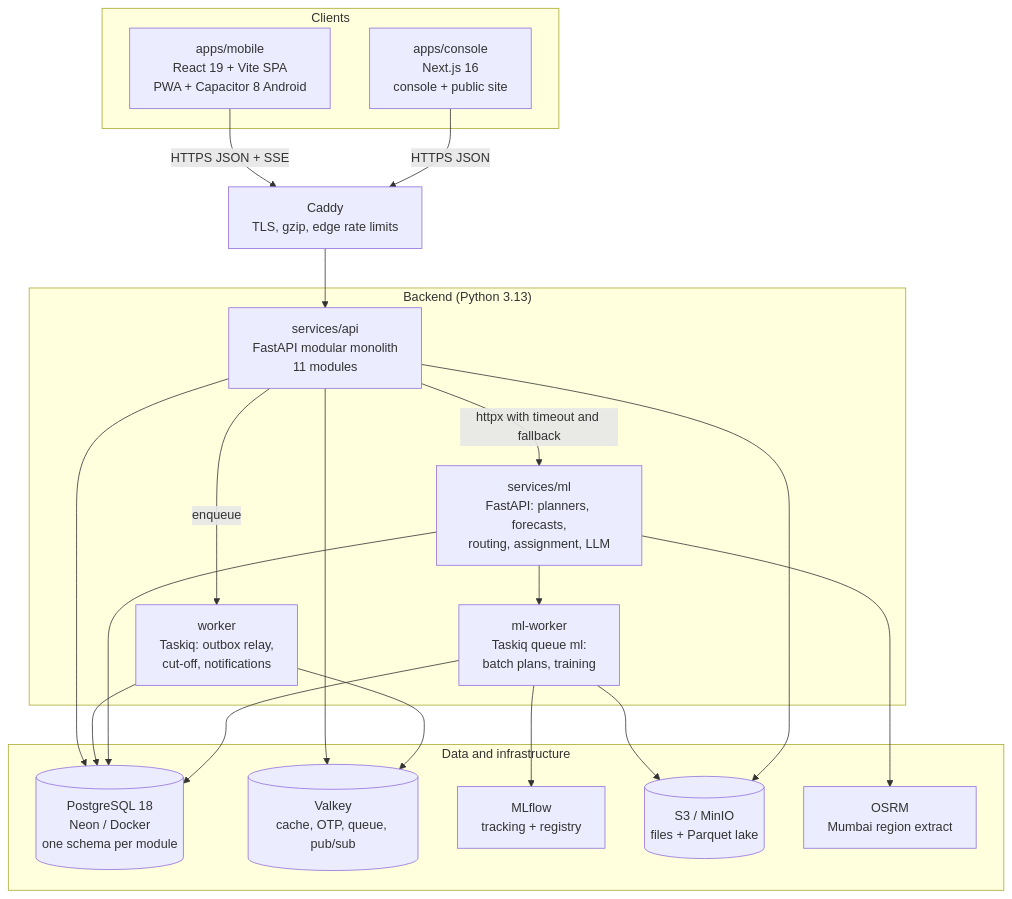
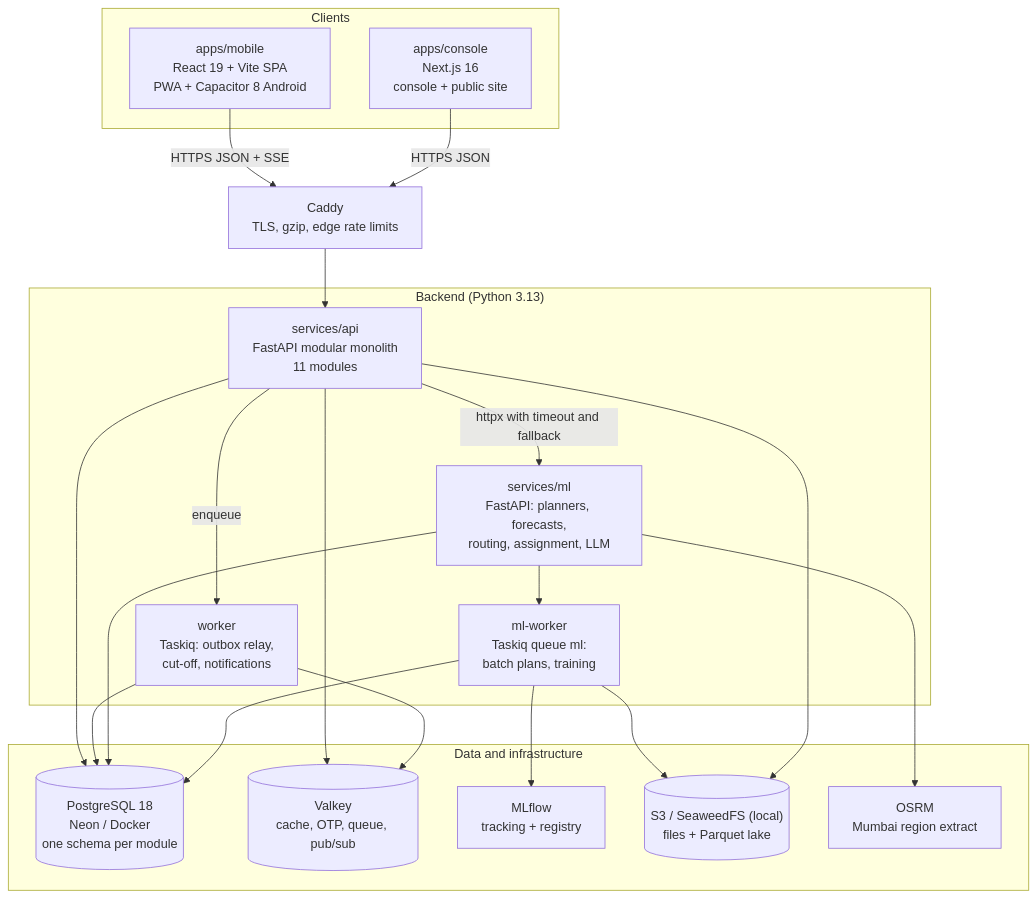
Before and after one commit to prelekar7/GharBasket: the second of 5 diagrams in docs/handbook/04-system-architecture.md, drawn with Mermaid. The commit also changed 14 other files, not shown here.

````diff
--- a/docs/handbook/04-system-architecture.md
+++ b/docs/handbook/04-system-architecture.md
@@ -53,37 +53,37 @@
 ```mermaid
 flowchart TB
   subgraph Clients
     MOB["apps/mobile<br/>React 19 + Vite SPA<br/>PWA + Capacitor 8 Android"]
     CON["apps/console<br/>Next.js 16<br/>console + public site"]
   end
   CADDY["Caddy<br/>TLS, gzip, edge rate limits"]
   subgraph Backend["Backend (Python 3.13)"]
     API["services/api<br/>FastAPI modular monolith<br/>11 modules"]
     WRK["worker<br/>Taskiq: outbox relay,<br/>cut-off, notifications"]
     ML["services/ml<br/>FastAPI: planners, forecasts,<br/>routing, assignment, LLM"]
     MLW["ml-worker<br/>Taskiq queue ml:<br/>batch plans, training"]
   end
   subgraph Data["Data and infrastructure"]
     PG[("PostgreSQL 18<br/>Neon / Docker<br/>one schema per module")]
     VK[("Valkey<br/>cache, OTP, queue, pub/sub")]
     MLF["MLflow<br/>tracking + registry"]
-    OBJ[("S3 / MinIO<br/>files + Parquet lake")]
+    OBJ[("S3 / SeaweedFS (local)<br/>files + Parquet lake")]
     OSRM["OSRM<br/>Mumbai region extract"]
   end
   MOB -->|"HTTPS JSON + SSE"| CADDY
   CON -->|"HTTPS JSON"| CADDY
   CADDY --> API
   API -->|"httpx with timeout and fallback"| ML
   API --> PG
   API --> VK
   API -->|enqueue| WRK
   WRK --> PG
   WRK --> VK
   ML --> PG
   ML --> MLW
   MLW --> PG
   MLW --> MLF
   MLW --> OBJ
   ML --> OSRM
   API --> OBJ
 ```
````
